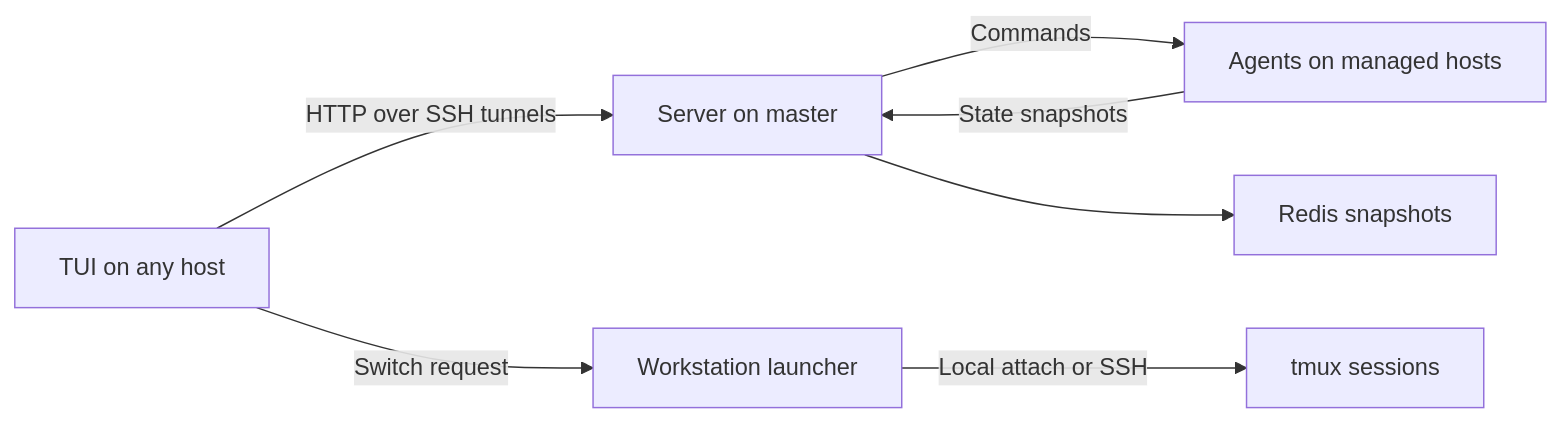
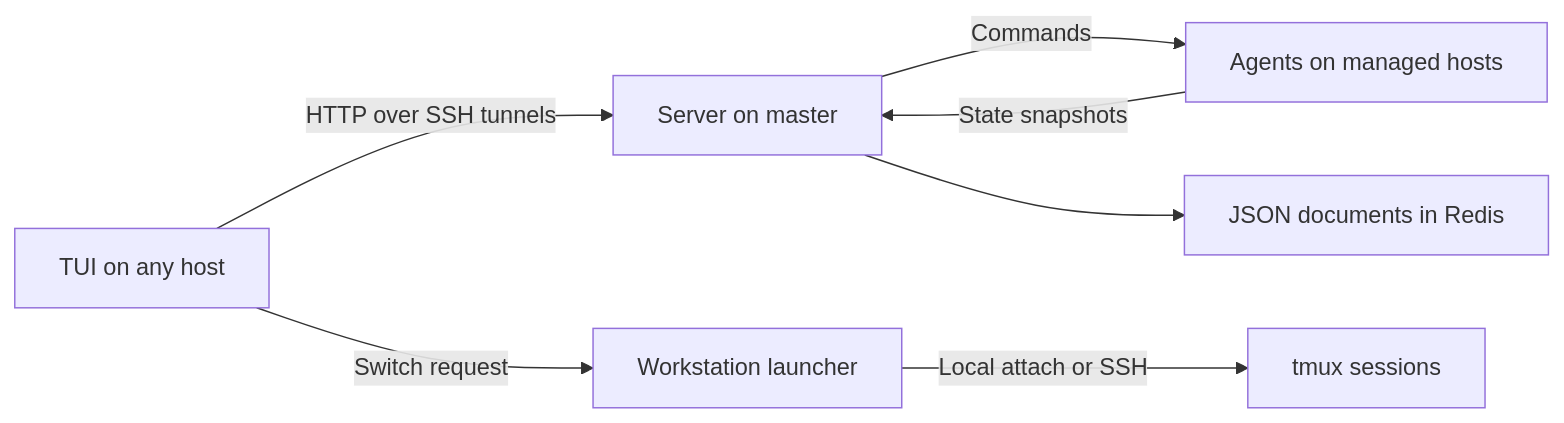
Before and after one commit to dzhiblavi/multienv: the diagram in docs/architecture.md, drawn with Mermaid. The commit also changed other lines of this file and 60 other files, not shown here.

````diff
--- a/docs/architecture.md
+++ b/docs/architecture.md
@@ -3,9 +3,9 @@
 ```mermaid
 flowchart LR
     TUI["TUI on any host"] -->|HTTP over SSH tunnels| Server["Server on master"]
     Server -->|Commands| Agents["Agents on managed hosts"]
     Agents -->|"State snapshots"| Server
-    Server --> Redis["Redis snapshots"]
+    Server --> Redis["JSON documents in Redis"]
     TUI -->|Switch request| Launcher["Workstation launcher"]
     Launcher -->|Local attach or SSH| Sessions["tmux sessions"]
 ```
````
